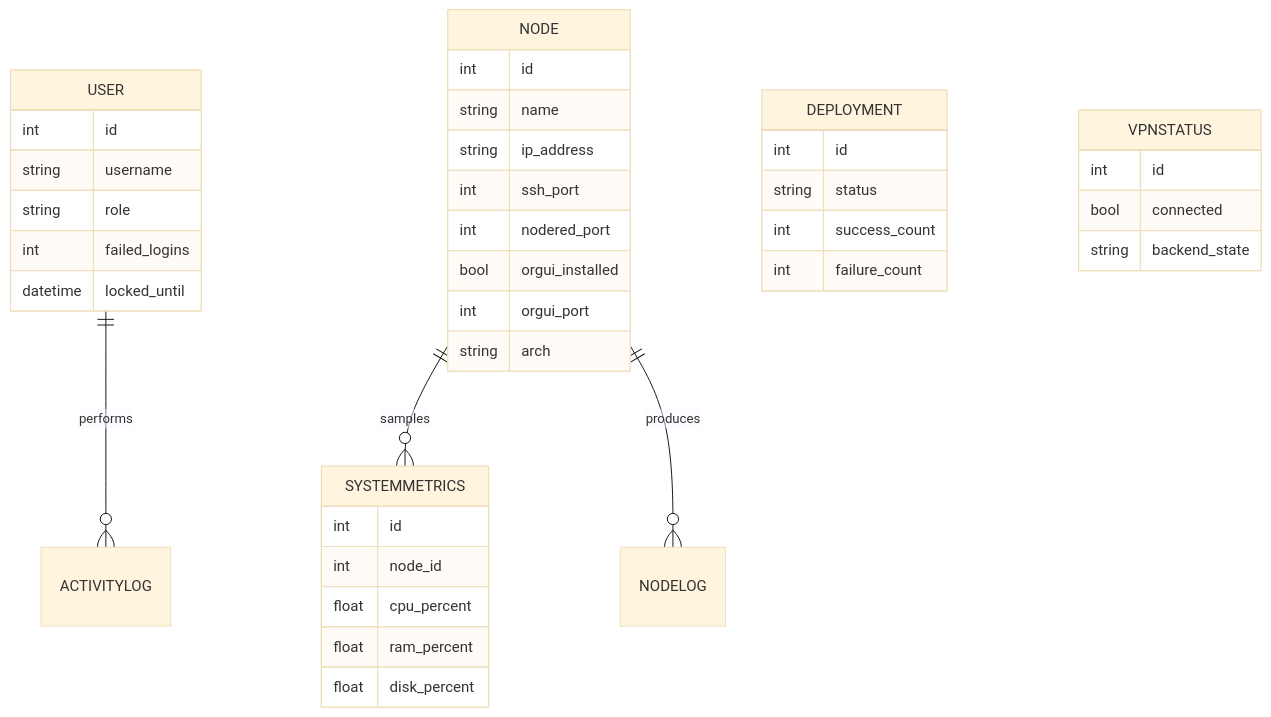
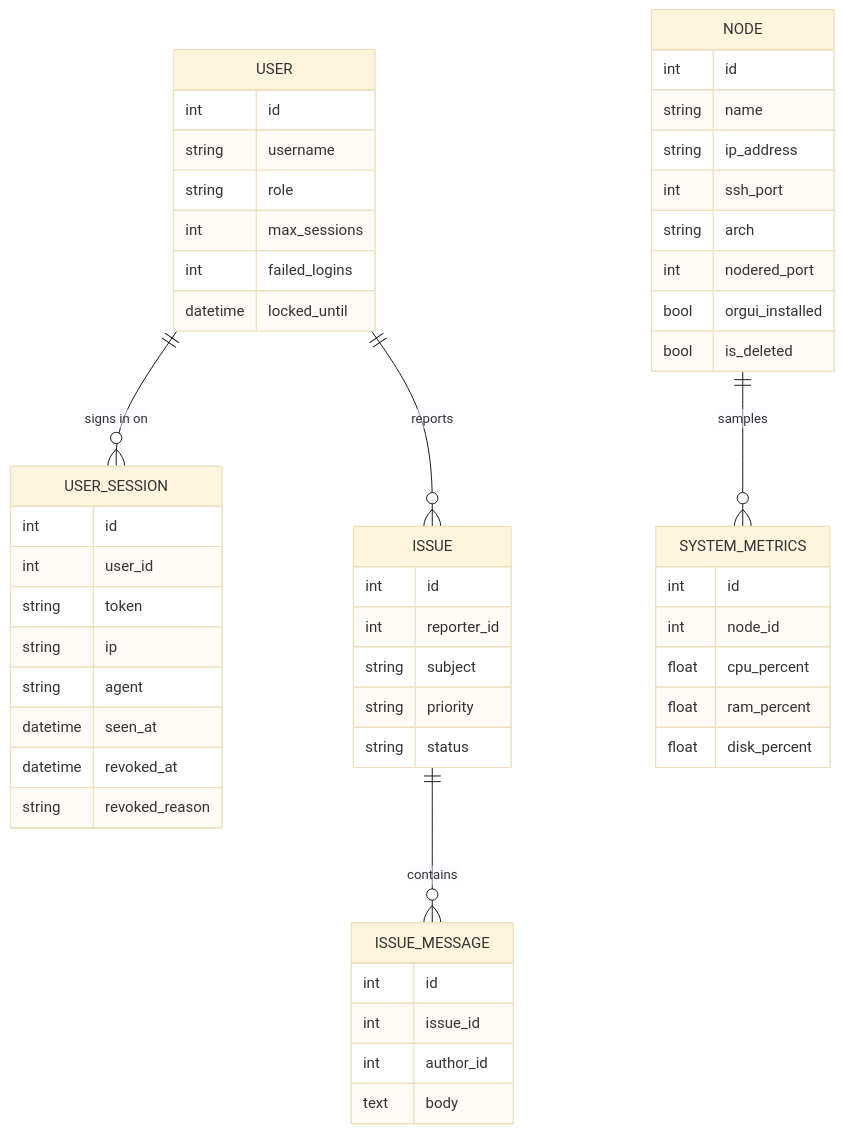
The second of 2 diagrams in docs/ARCHITECTURE.md (855princekumar/edgeshell), drawn with Mermaid (base theme) before and after one commit. The commit also changed other lines of this file and 20 other files, not shown here.

````diff
--- a/docs/ARCHITECTURE.md
+++ b/docs/ARCHITECTURE.md
@@ -28,41 +35,55 @@
 ```mermaid
 erDiagram
-    USER ||--o{ ACTIVITYLOG : performs
-    NODE ||--o{ SYSTEMMETRICS : samples
-    NODE ||--o{ NODELOG : produces
+    USER ||--o{ USER_SESSION : "signs in on"
+    USER ||--o{ ISSUE : reports
+    ISSUE ||--o{ ISSUE_MESSAGE : contains
+    NODE ||--o{ SYSTEM_METRICS : samples
     USER {
       int id
       string username
       string role
+      int max_sessions
       int failed_logins
       datetime locked_until
+    }
+    USER_SESSION {
+      int id
+      int user_id
+      string token
+      string ip
+      string agent
+      datetime seen_at
+      datetime revoked_at
+      string revoked_reason
     }
     NODE {
       int id
       string name
       string ip_address
       int ssh_port
+      string arch
       int nodered_port
       bool orgui_installed
-      int orgui_port
-      string arch
+      bool is_deleted
     }
-    SYSTEMMETRICS {
+    SYSTEM_METRICS {
       int id
       int node_id
       float cpu_percent
       float ram_percent
       float disk_percent
     }
-    DEPLOYMENT {
+    ISSUE {
       int id
+      int reporter_id
+      string subject
+      string priority
       string status
-      int success_count
-      int failure_count
     }
-    VPNSTATUS {
+    ISSUE_MESSAGE {
       int id
-      bool connected
-      string backend_state
+      int issue_id
+      int author_id
+      text body
     }
 ```
````
